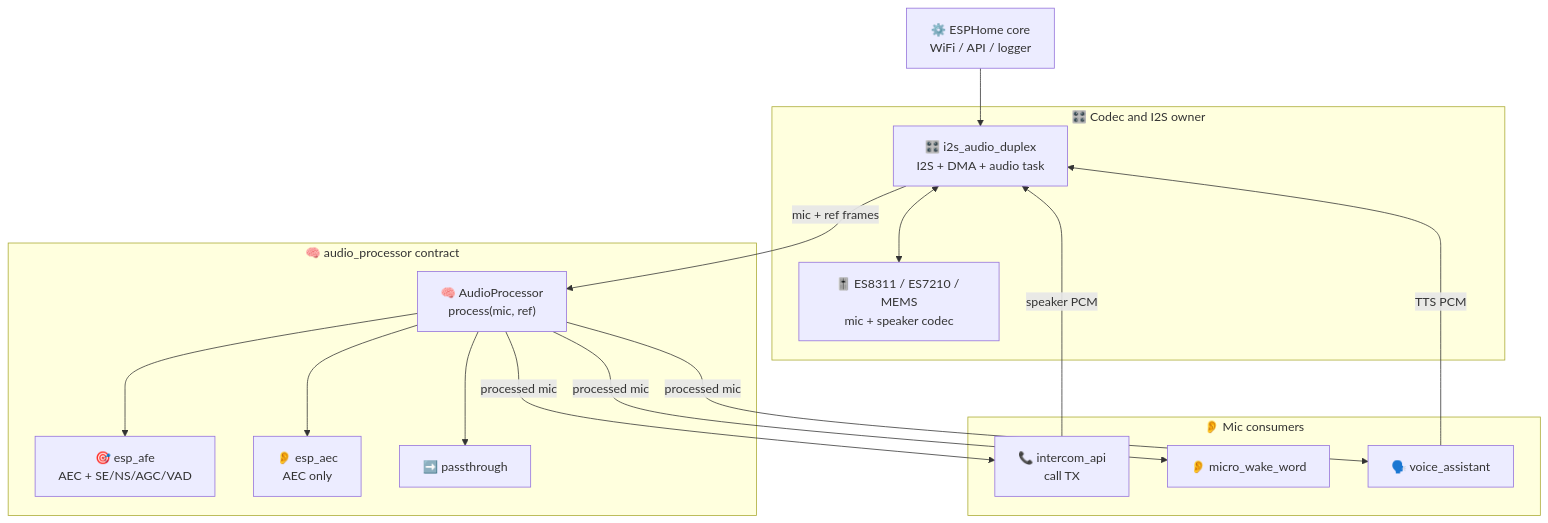
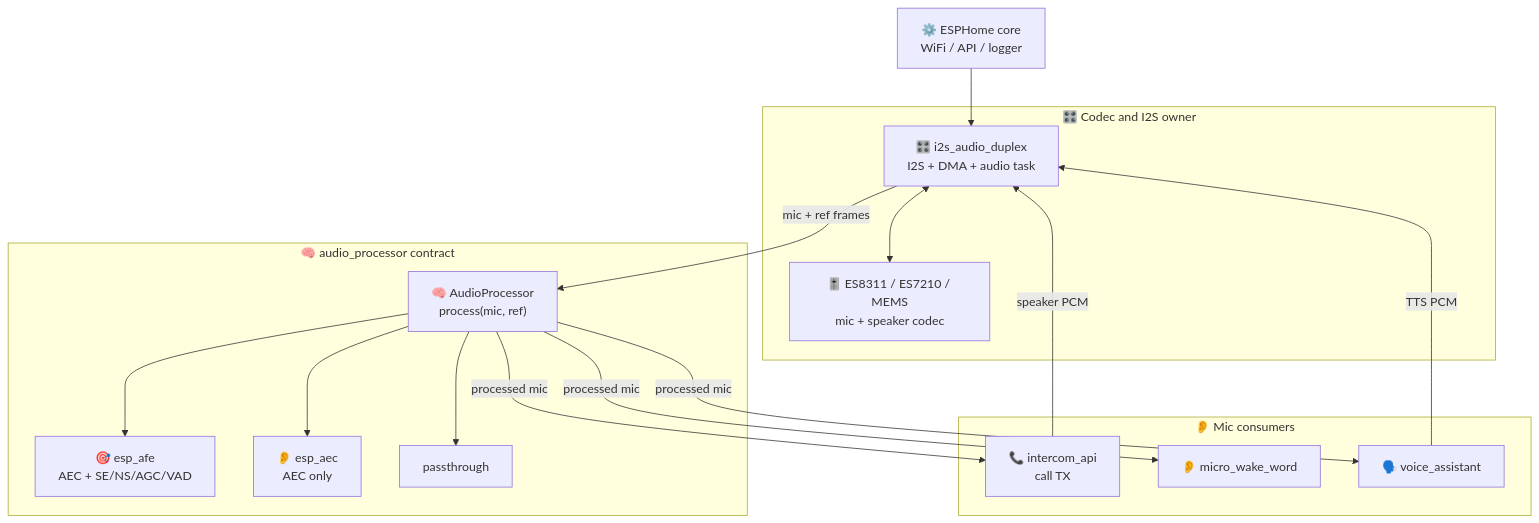
The second of 3 diagrams in docs/ARCHITECTURE.md (csfrussa/esphome-intercom), drawn with Mermaid before and after one commit. The commit also changed other lines of this file and 36 other files, not shown here.

````diff
--- a/docs/ARCHITECTURE.md
+++ b/docs/ARCHITECTURE.md
@@ -39,34 +39,34 @@
 ```mermaid
 flowchart TD
     Core["⚙️ ESPHome core<br/>WiFi / API / logger"]
 
     subgraph IO["🎛️ Codec and I2S owner"]
         Duplex["🎛️ i2s_audio_duplex<br/>I2S + DMA + audio task"]
         Codec["🎚️ ES8311 / ES7210 / MEMS<br/>mic + speaker codec"]
     end
 
     subgraph Proc["🧠 audio_processor contract"]
         Contract["🧠 AudioProcessor<br/>process(mic, ref)"]
         AFE["🎯 esp_afe<br/>AEC + SE/NS/AGC/VAD"]
         AEC["👂 esp_aec<br/>AEC only"]
-        Pass["➡️ passthrough"]
+        Pass["passthrough"]
     end
 
     subgraph Consumers["👂 Mic consumers"]
         Intercom["📞 intercom_api<br/>call TX"]
         MWW["👂 micro_wake_word"]
         VA["🗣️ voice_assistant"]
     end
 
     Core --> Duplex
     Duplex <--> Codec
     Duplex -->|"mic + ref frames"| Contract
     Contract --> AFE
     Contract --> AEC
     Contract --> Pass
     Contract -->|"processed mic"| Intercom
     Contract -->|"processed mic"| MWW
     Contract -->|"processed mic"| VA
     Intercom -->|"speaker PCM"| Duplex
     VA -->|"TTS PCM"| Duplex
 ```
````
